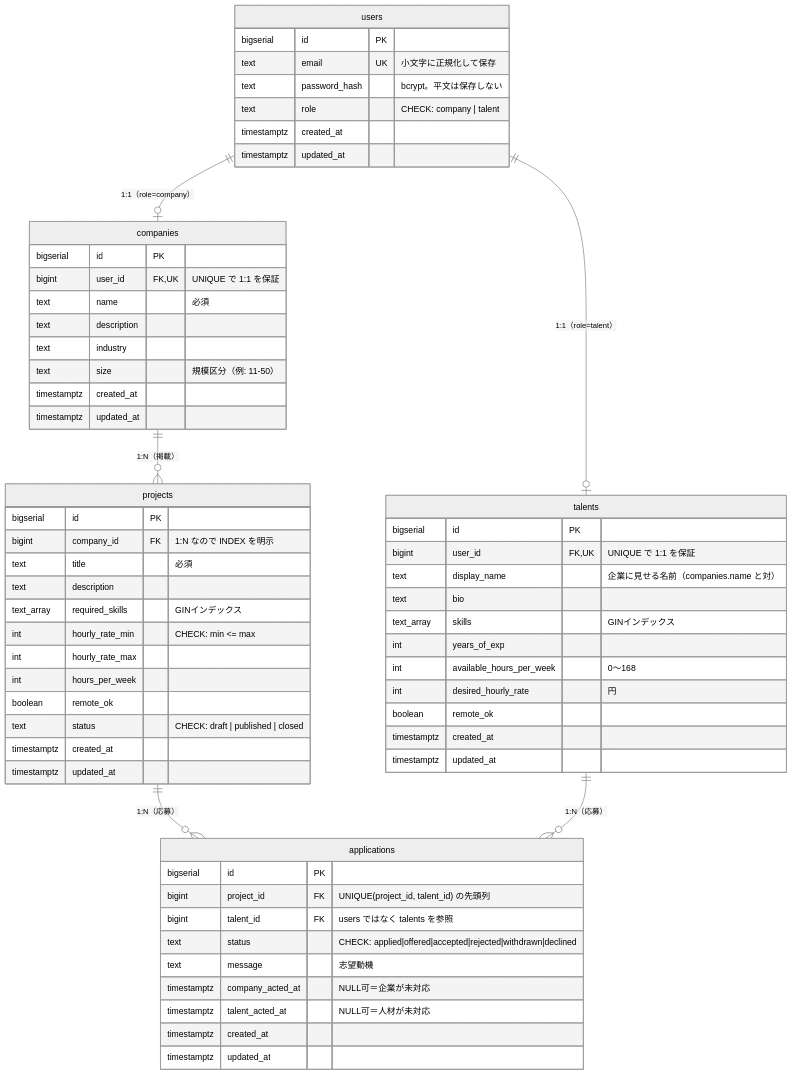
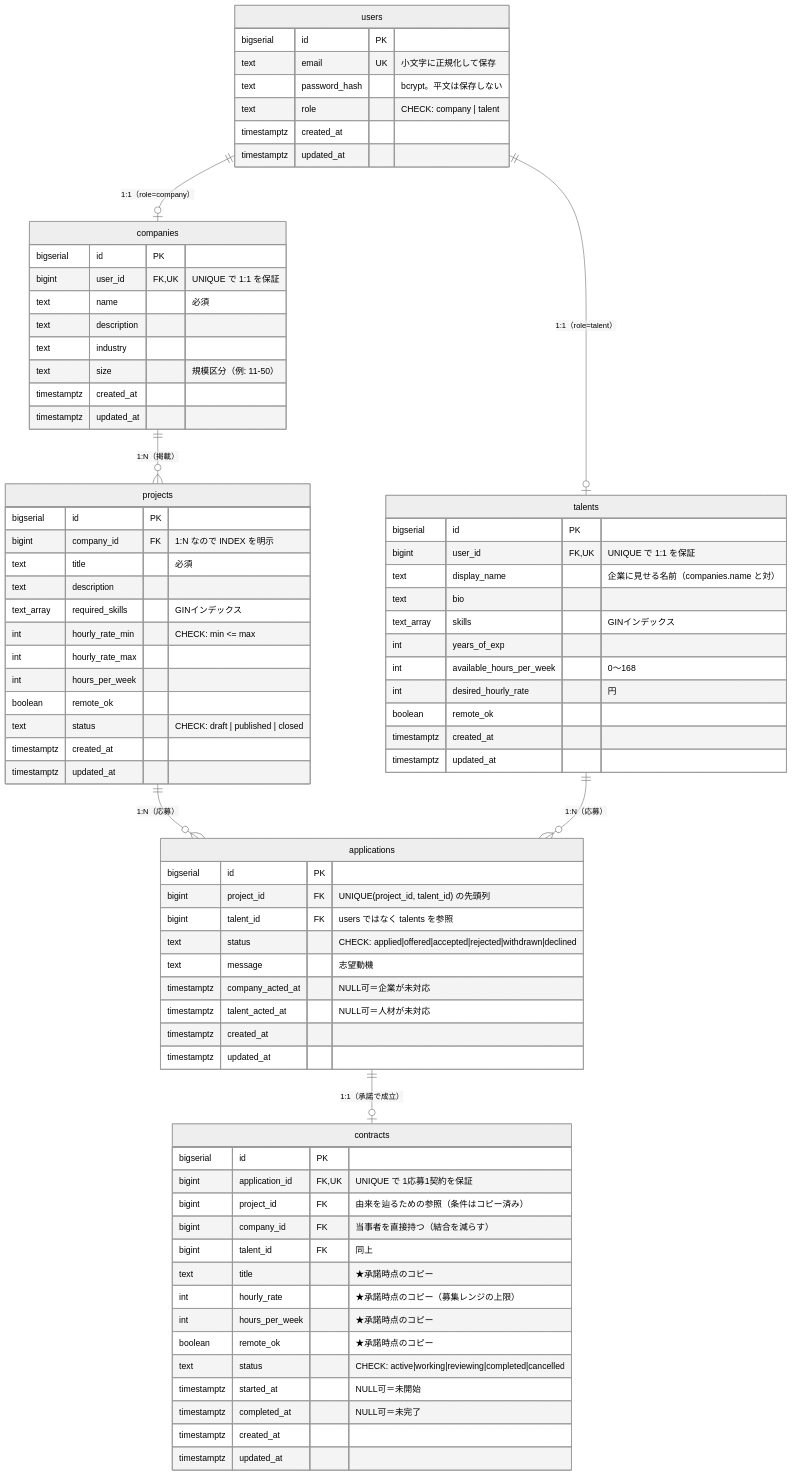
The first of 4 diagrams in docs/データ設計.md (masa-devx/it-matching-service-clean-architecture), drawn with Mermaid (neutral theme) before and after one commit. The commit also changed other lines of this file and 1 other file, not shown here.

Commit message:
docs: 契約のスナップショット設計を記録しER図を更新

````diff
--- a/docs/データ設計.md
+++ b/docs/データ設計.md
@@ -12,6 +12,7 @@
     companies ||--o{ projects : "1:N（掲載）"
     projects ||--o{ applications : "1:N（応募）"
     talents ||--o{ applications : "1:N（応募）"
+    applications ||--o| contracts : "1:1（承諾で成立）"
 
     users {
         bigserial id PK
@@ -73,4 +74,21 @@
         timestamptz created_at
         timestamptz updated_at
     }
+
+    contracts {
+        bigserial id PK
+        bigint application_id FK,UK "UNIQUE で 1応募1契約を保証"
+        bigint project_id FK "由来を辿るための参照（条件はコピー済み）"
+        bigint company_id FK "当事者を直接持つ（結合を減らす）"
+        bigint talent_id FK "同上"
+        text title "★承諾時点のコピー"
+        int hourly_rate "★承諾時点のコピー（募集レンジの上限）"
+        int hours_per_week "★承諾時点のコピー"
+        boolean remote_ok "★承諾時点のコピー"
+        text status "CHECK: active|working|reviewing|completed|cancelled"
+        timestamptz started_at "NULL可＝未開始"
+        timestamptz completed_at "NULL可＝未完了"
+        timestamptz created_at
+        timestamptz updated_at
+    }
 ```
````
